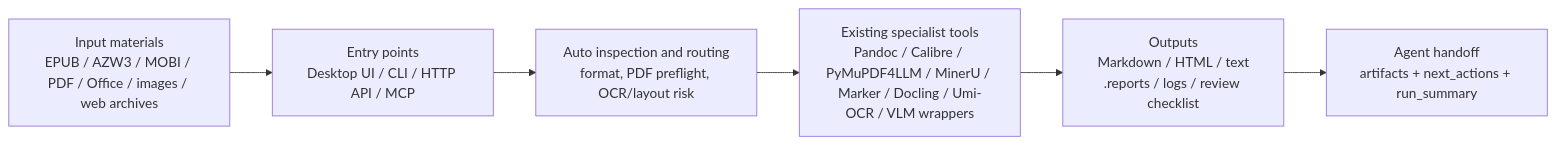
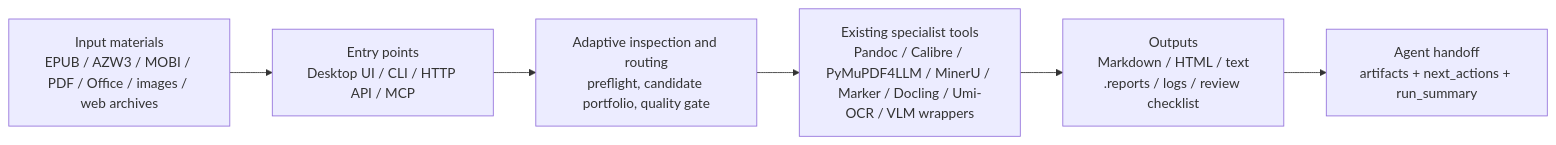
The first of 2 diagrams in README.md (lightcoloror/ebook-markdown-pipeline), drawn with Mermaid before and after one commit. The commit also changed other lines of this file and 15 other files, not shown here.

Commit message:
feat: add adaptive quality-first routing

````diff
--- a/README.md
+++ b/README.md
@@ -16,11 +18,11 @@
 ```mermaid
 flowchart LR
     input["Input materials\nEPUB / AZW3 / MOBI / PDF / Office / images / web archives"]
     entry["Entry points\nDesktop UI / CLI / HTTP API / MCP"]
-    route["Auto inspection and routing\nformat, PDF preflight, OCR/layout risk"]
+    route["Adaptive inspection and routing\npreflight, candidate portfolio, quality gate"]
     backends["Existing specialist tools\nPandoc / Calibre / PyMuPDF4LLM / MinerU / Marker / Docling / Umi-OCR / VLM wrappers"]
     output["Outputs\nMarkdown / HTML / text\n.reports / logs / review checklist"]
     agent["Agent handoff\nartifacts + next_actions + run_summary"]
 
     input --> entry --> route --> backends --> output --> agent
 ```
````
